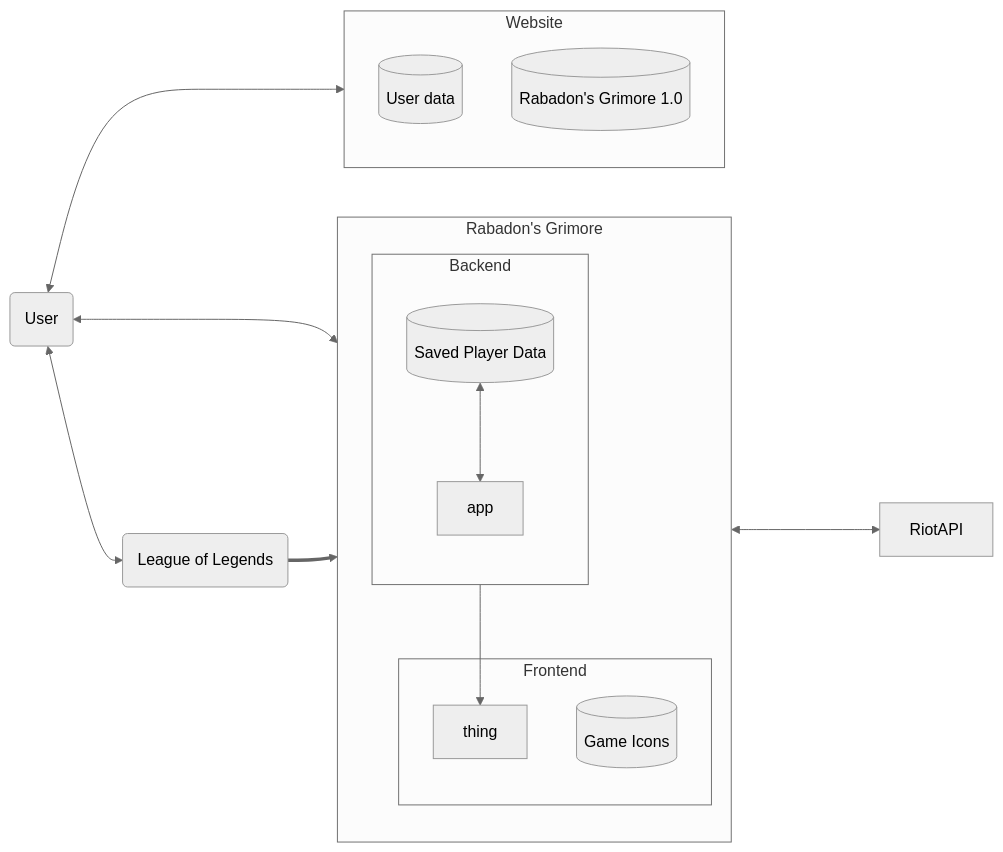
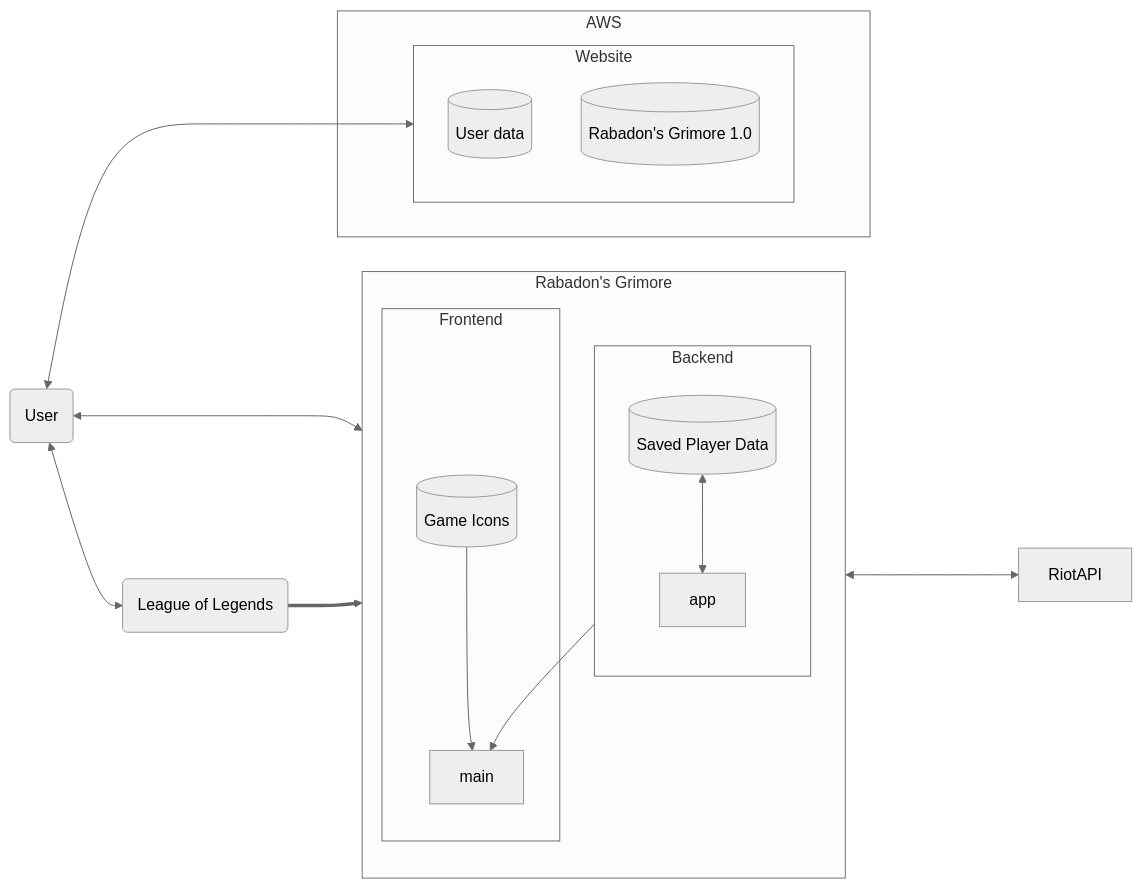
Before and after one commit to Hunter-Grimes/Rabadon-s-Grimoire: the diagram in Doc/Technical.md, drawn with Mermaid (neutral theme). The commit also changed other lines of this file, not shown here.

````diff
--- a/Doc/Technical.md
+++ b/Doc/Technical.md
@@ -18,26 +18,30 @@
 ```mermaid
 graph LR;
     A(User)<--->C;
     A<-->B(League of Legends)==>C;
     A<--->Website;
     subgraph C[Rabadon's Grimore];
         direction TB;
         Backend
         Frontend
     end
     subgraph Backend;
     direction TB;
     id1[(Saved Player Data)]<-->app
     end
     app-->id2
     subgraph Frontend;
-    id2[thing]
+    id2[main]
     id3[(Game Icons)];
+    id3-->id2;
     end
     subgraph Website;
     direction TB;
     id4[(User data)];
     id5[(Rabadon's Grimore 1.0)];
     end
-    C<---->RiotAPI
+    C<---->RiotAPI;
+    subgraph AWS
+    Website;
+    end;
 ``` 
````
